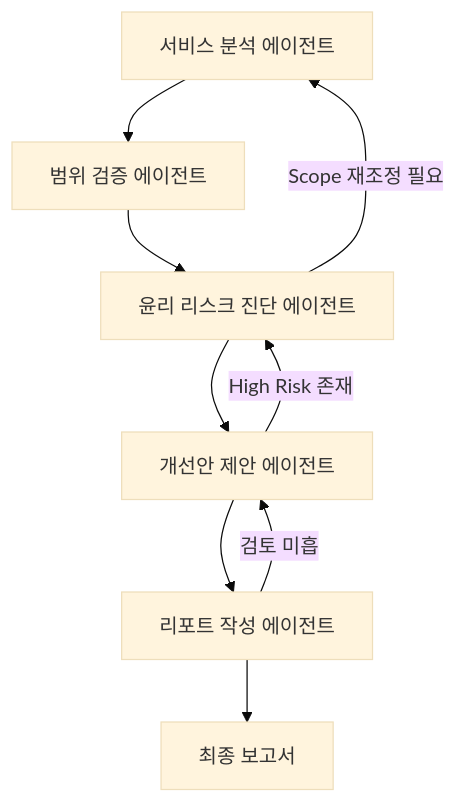
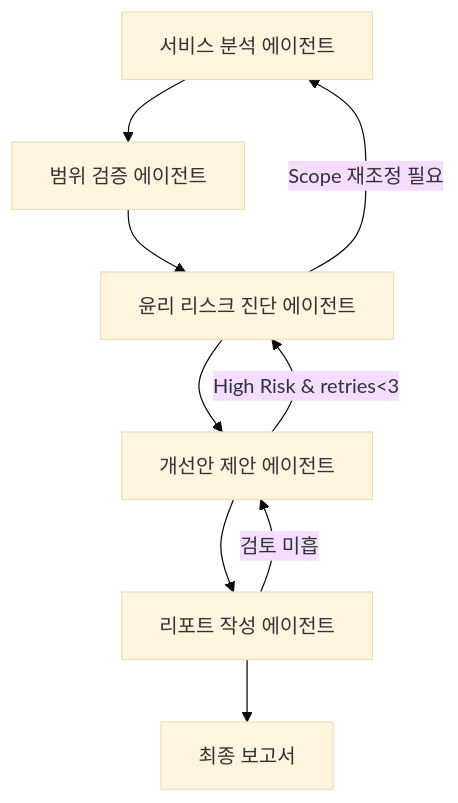
One commit to Haeng57/mini_project_genAI changed the diagram in README.md. Above: the diagram before and after it, drawn with Mermaid (base theme). The commit also changed other lines of this file, not shown here.

````diff
--- a/README.md
+++ b/README.md
@@ -90,18 +76,17 @@
 ```mermaid
 flowchart TD
     A[서비스 분석 에이전트] --> B[범위 검증 에이전트]
     B --> C[윤리 리스크 진단 에이전트]
     C --> D[개선안 제안 에이전트]
     D --> E[리포트 작성 에이전트]
     E --> F[최종 보고서]
 
-    %% 루프 1: 개선안 → 재진단 (High Risk 존재 시)
-    D -- "High Risk 존재" --> C
-
+    %% 루프 1: 개선안 → 재진단 (High Risk 존재 & max_retries=3)
+    D -- "High Risk & retries<3" --> C
+    
     %% 루프 2: 보고서 보완 → 개선안 (검토 미흡 시)
     E -- "검토 미흡" --> D
-
+    
     %% 루프 3: 진단 범위 재설정 → 서비스 분석 (Scope 부적절 시)
     C -- "Scope 재조정 필요" --> A
-
 ```
````
